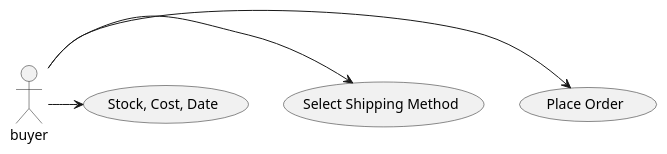
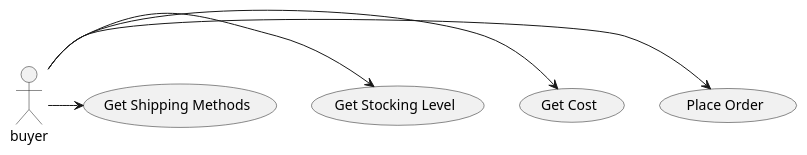
The first of 6 diagrams in overview.org (EciStg/order-placement), drawn with PlantUML before and after one commit. The commit also changed other lines of this file and 12 other files, not shown here.

```diff
--- a/overview.org
+++ b/overview.org
@@ -12,7 +31,8 @@
 #+BEGIN_SRC plantuml :file ./images/buyer-usecases.puml.png :exports results
 @startuml sequence-buyer2seller.png
 buyer -> (Place Order)
-buyer -> (Select Shipping Method)
-buyer -> (Stock, Cost, Date)
+buyer -> (Get Cost)
+buyer -> (Get Stocking Level)
+buyer -> (Get Shipping Methods)
 @enduml
 #+END_SRC
```
